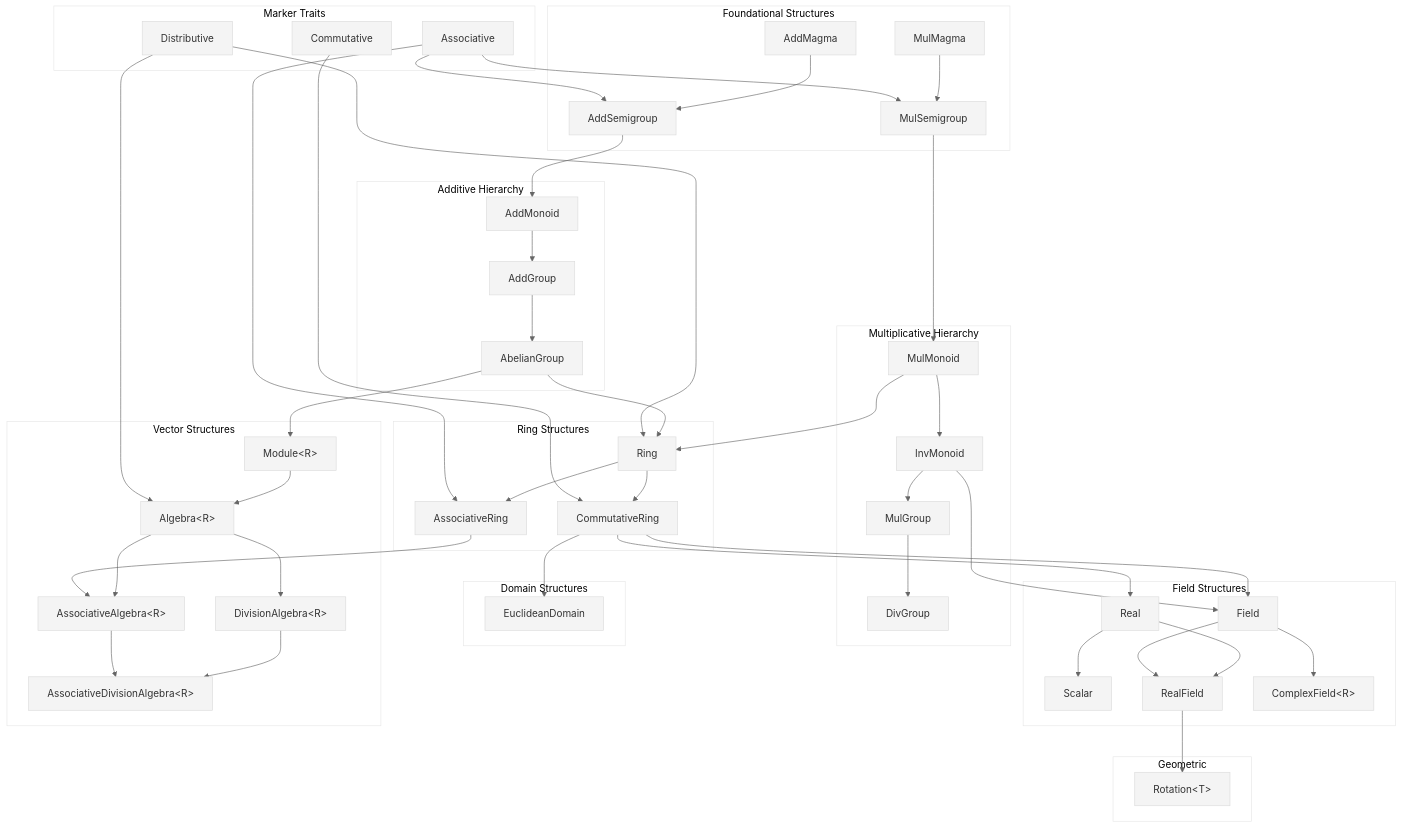
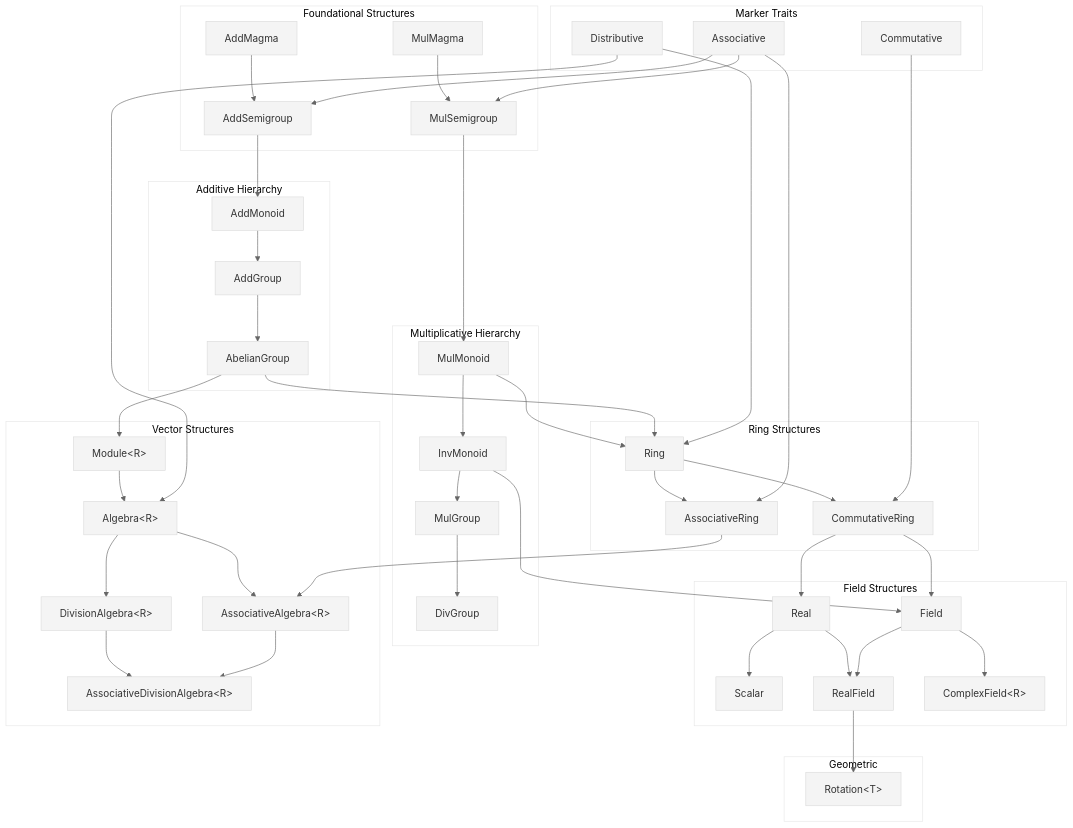
One commit to deepcausality-rs/deep_causality changed the diagram in deep_causality_num/README_ALGEBRA_TRAITS.md. Above: the diagram before and after it, drawn with Mermaid. The commit also changed other lines of this file and 11 other files, not shown here.

```diff
--- a/deep_causality_num/README_ALGEBRA_TRAITS.md
+++ b/deep_causality_num/README_ALGEBRA_TRAITS.md
@@ -37,10 +37,6 @@
         Ring["Ring"]
         AssocRing["AssociativeRing"]
         CommRing["CommutativeRing"]
-    end
-
-    subgraph Domain Structures
-        EucDom["EuclideanDomain"]
     end
 
     subgraph Field Structures
@@ -89,9 +85,6 @@
     Ring --> CommRing
     Comm --> CommRing
 
-    %% Domain path
-    CommRing --> EucDom
-
     %% Field path
     CommRing --> Real
     CommRing --> Field
```
